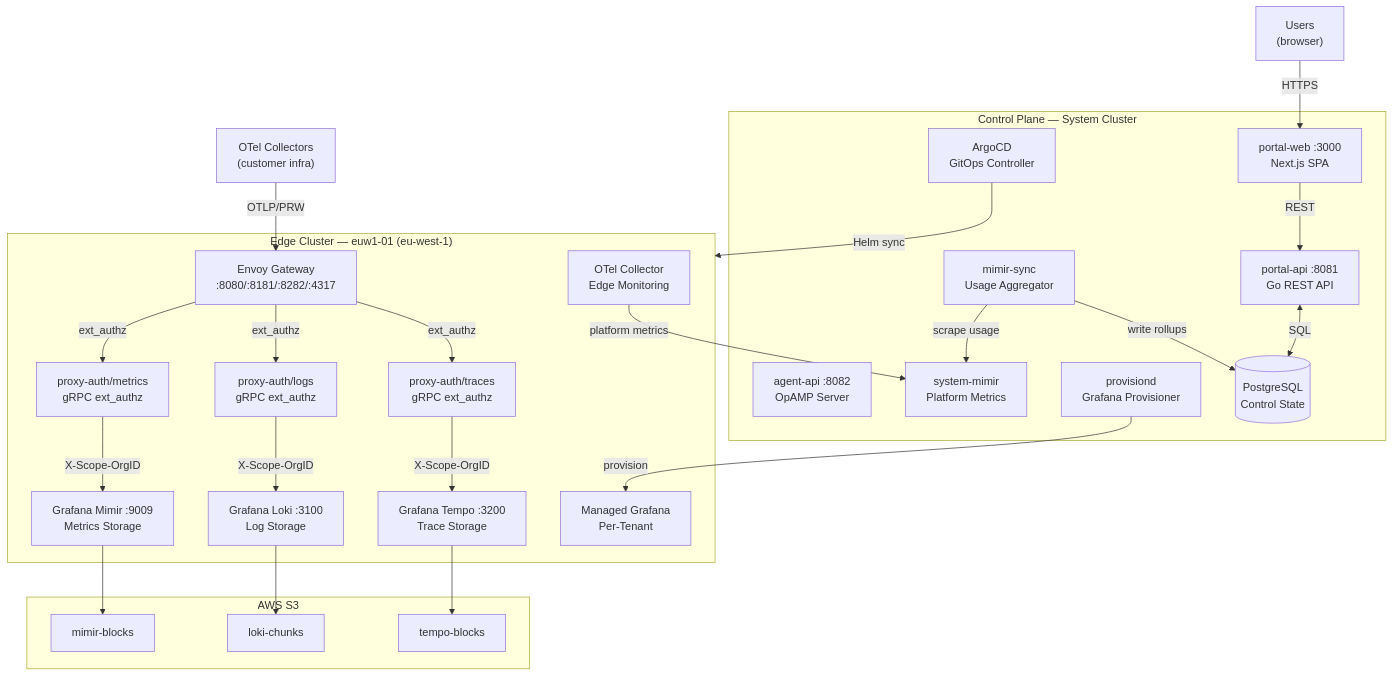
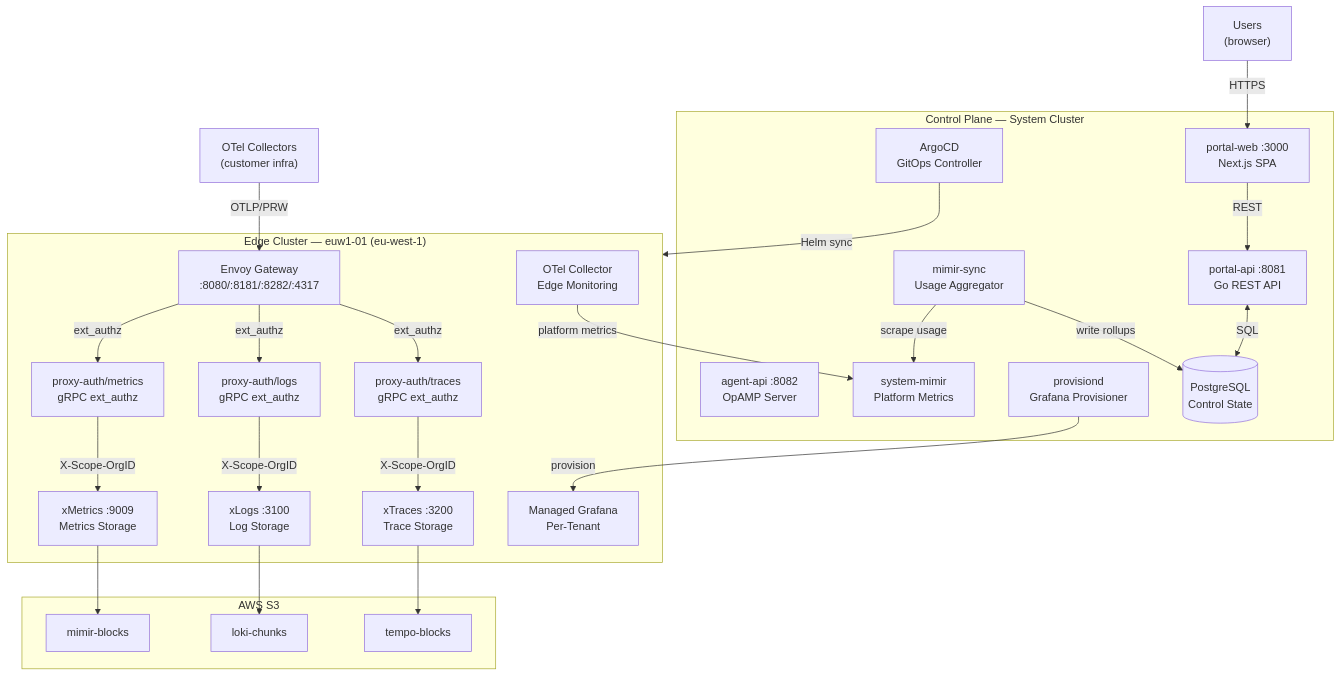
The diagram in docs/architecture/platform-architecture.md (xscaler/training), drawn with Mermaid before and after one commit. The commit also changed other lines of this file and 29 other files, not shown here.

````diff
--- a/docs/architecture/platform-architecture.md
+++ b/docs/architecture/platform-architecture.md
@@ -7,49 +7,49 @@
 ```mermaid
 graph TB
     subgraph CP["Control Plane — System Cluster"]
         PA["portal-api :8081\nGo REST API"]
         PW["portal-web :3000\nNext.js SPA"]
         AA["agent-api :8082\nOpAMP Server"]
         MS["mimir-sync\nUsage Aggregator"]
         SM["system-mimir\nPlatform Metrics"]
         PR["provisiond\nGrafana Provisioner"]
         PG[("PostgreSQL\nControl State")]
         AC["ArgoCD\nGitOps Controller"]
     end
 
     subgraph EDGE["Edge Cluster — euw1-01 (eu-west-1)"]
         EN["Envoy Gateway\n:8080/:8181/:8282/:4317"]
         PXM["proxy-auth/metrics\ngRPC ext_authz"]
         PXL["proxy-auth/logs\ngRPC ext_authz"]
         PXT["proxy-auth/traces\ngRPC ext_authz"]
-        MI["Grafana Mimir :9009\nMetrics Storage"]
-        LO["Grafana Loki :3100\nLog Storage"]
-        TE["Grafana Tempo :3200\nTrace Storage"]
+        MI["xMetrics :9009\nMetrics Storage"]
+        LO["xLogs :3100\nLog Storage"]
+        TE["xTraces :3200\nTrace Storage"]
         GR["Managed Grafana\nPer-Tenant"]
         OC["OTel Collector\nEdge Monitoring"]
     end
 
     subgraph S3["AWS S3"]
         S3M[mimir-blocks]
         S3L[loki-chunks]
         S3T[tempo-blocks]
     end
 
     USERS["Users\n(browser)"] -->|HTTPS| PW
     PW -->|REST| PA
     PA <-->|SQL| PG
     MS -->|scrape usage| SM
     MS -->|write rollups| PG
     AC -->|Helm sync| EDGE
 
     COLLECTORS["OTel Collectors\n(customer infra)"] -->|OTLP/PRW| EN
     EN -->|ext_authz| PXM & PXL & PXT
     PXM -->|X-Scope-OrgID| MI
     PXL -->|X-Scope-OrgID| LO
     PXT -->|X-Scope-OrgID| TE
     MI --> S3M
     LO --> S3L
     TE --> S3T
     OC -->|platform metrics| SM
     PR -->|provision| GR
 ```
````
